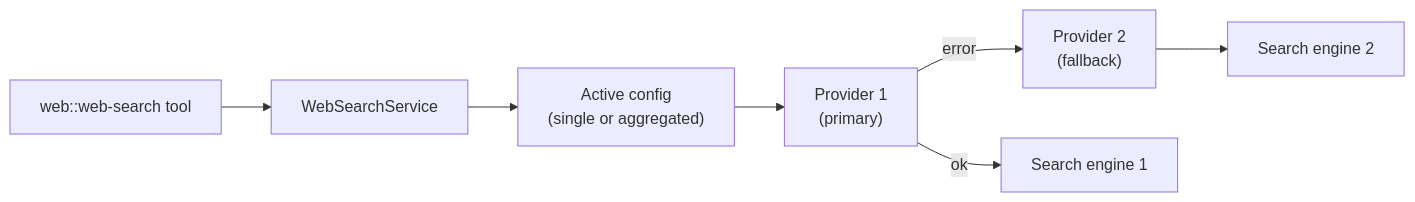
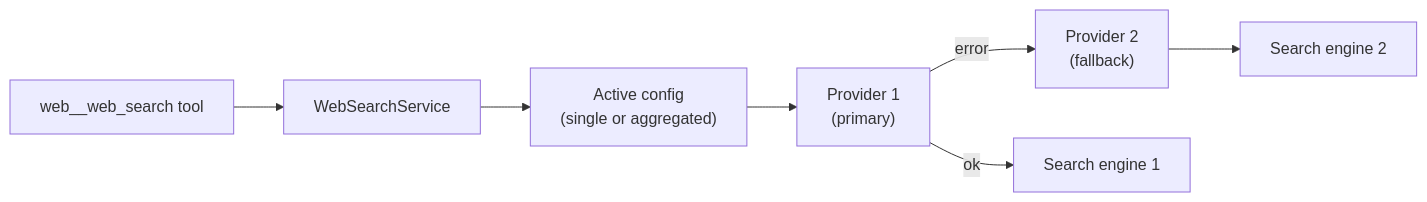
Before and after one commit to primerhq/primer: the diagram in primer/user_docs/features/web-search-providers.md, drawn with Mermaid. The commit also changed other lines of this file and 29 other files, not shown here.

First line of the commit message:
refactor(toolset): standardize web tool ids to underscore form

````diff
--- a/primer/user_docs/features/web-search-providers.md
+++ b/primer/user_docs/features/web-search-providers.md
@@ -24,17 +24,17 @@
 ```mermaid
 flowchart LR
-    tool["web::web-search tool"]
+    tool["web__web_search tool"]
     service["WebSearchService"]
     config["Active config\n(single or aggregated)"]
     p1["Provider 1\n(primary)"]
     p2["Provider 2\n(fallback)"]
     engine1["Search engine 1"]
     engine2["Search engine 2"]
 
     tool --> service
     service --> config
     config --> p1
     p1 -->|ok| engine1
     p1 -->|error| p2
     p2 --> engine2
 ```
````
